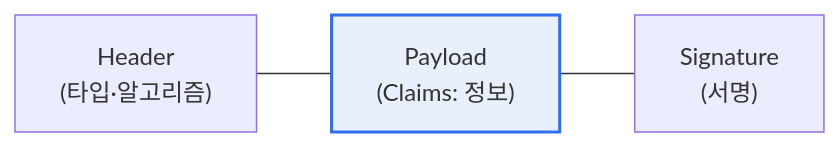
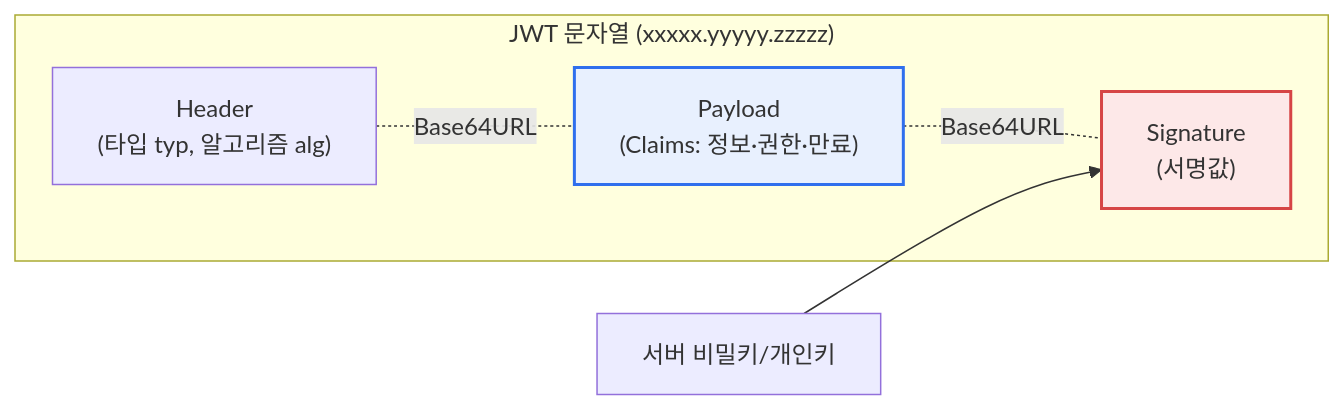
The first of 2 diagrams in content/jwt.md (coninggu/wjdqhrhksflrltnftk), drawn with Mermaid before and after one commit. The commit also changed other lines of this file and 3 other files, not shown here.

````diff
--- a/content/jwt.md
+++ b/content/jwt.md
@@ -15,5 +21,12 @@
 ```mermaid
 flowchart LR
-  H["Header<br/>(타입·알고리즘)"] --- P["Payload<br/>(Claims: 정보)"] --- S["Signature<br/>(서명)"]
+  subgraph JWT["JWT 문자열 (xxxxx.yyyyy.zzzzz)"]
+    H["Header<br/>(타입 typ, 알고리즘 alg)"]
+    P["Payload<br/>(Claims: 정보·권한·만료)"]
+    S["Signature<br/>(서명값)"]
+  end
+  H -.Base64URL.- P -.Base64URL.- S
+  SK["서버 비밀키/개인키"] --> S
   style P fill:#e8f0fe,stroke:#2f6fed,stroke-width:2px
+  style S fill:#fde8e8,stroke:#d64545,stroke-width:2px
 ```
````
